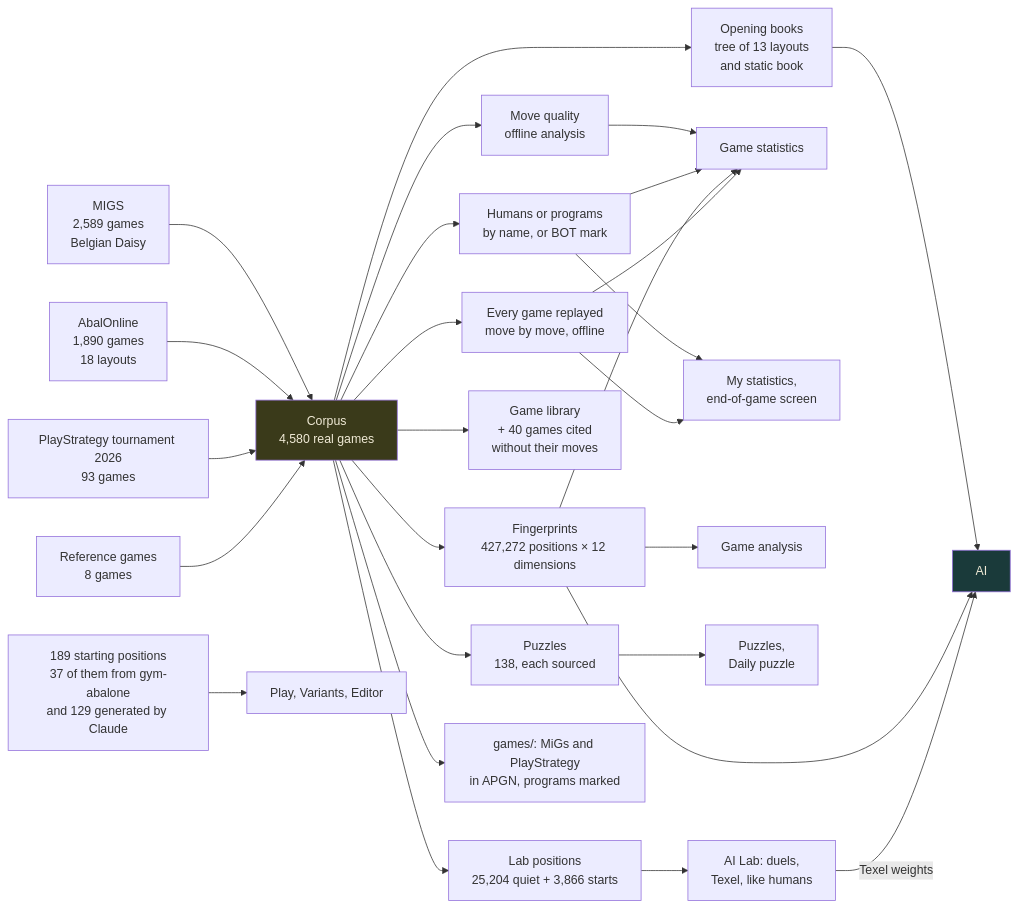
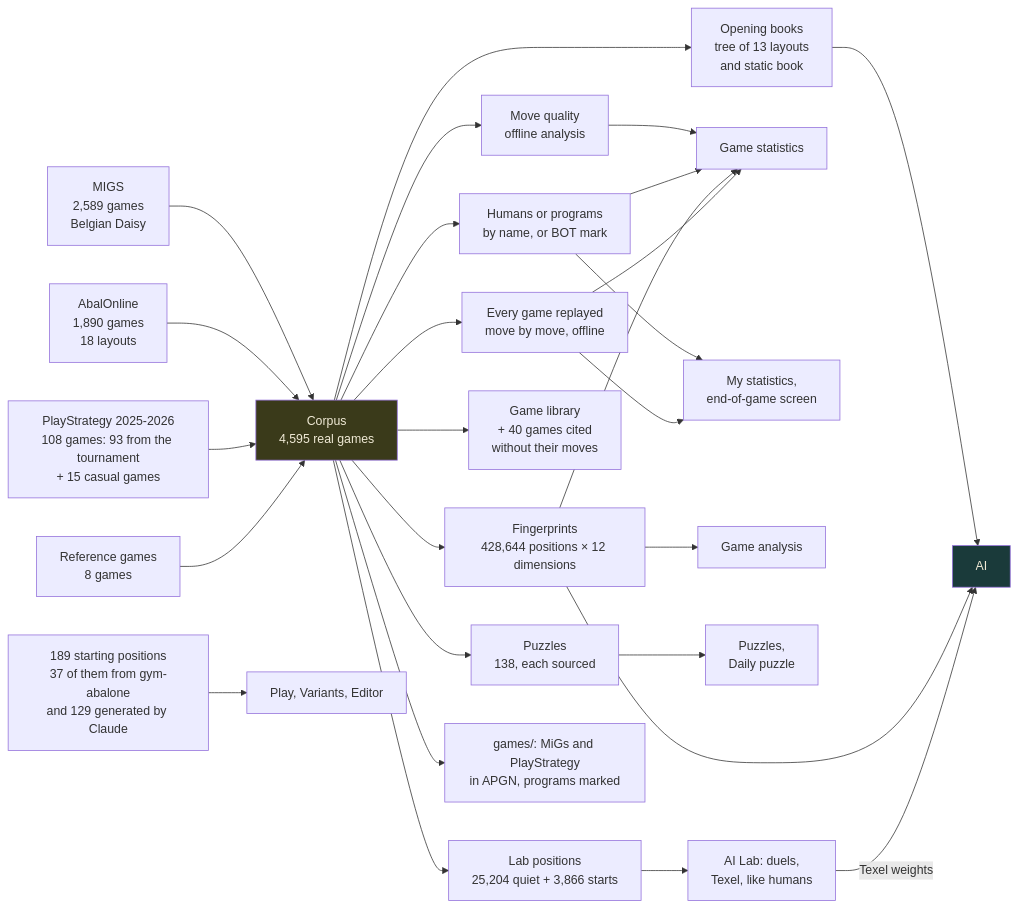
The second of 3 diagrams in docs-en/Architecture.en.md (ocj94/Abalassembly), drawn with Mermaid before and after one commit. The commit also changed other lines of this file and 39 other files, not shown here.

First line of the commit message:
v3.33 : les 15 parties amicales PlayStrategy entrent dans le corpus (4 595 parties)

````diff
--- a/docs-en/Architecture.en.md
+++ b/docs-en/Architecture.en.md
@@ -65,34 +65,34 @@
 ```mermaid
 flowchart LR
-    S1[MIGS<br/>2,589 games<br/>Belgian Daisy] --> C[Corpus<br/>4,580 real games]
+    S1[MIGS<br/>2,589 games<br/>Belgian Daisy] --> C[Corpus<br/>4,595 real games]
     S2[AbalOnline<br/>1,890 games<br/>18 layouts] --> C
-    S3[PlayStrategy tournament 2026<br/>93 games] --> C
+    S3[PlayStrategy 2025-2026<br/>108 games: 93 from the tournament<br/>+ 15 casual games] --> C
     S4[Reference games<br/>8 games] --> C
 
     C --> O[Opening books<br/>tree of 13 layouts<br/>and static book]
-    C --> E[Fingerprints<br/>427,272 positions × 12 dimensions]
+    C --> E[Fingerprints<br/>428,644 positions × 12 dimensions]
     C --> R[Every game replayed<br/>move by move, offline]
     C --> P[Puzzles<br/>138, each sourced]
     C --> LP[Lab positions<br/>25,204 quiet + 3,866 starts]
     C --> L[Game library<br/>+ 40 games cited<br/>without their moves]
     C --> Q[Move quality<br/>offline analysis]
     C --> HP[Humans or programs<br/>by name, or BOT mark]
     C --> AP[games/: MiGs and PlayStrategy<br/>in APGN, programs marked]
     D[189 starting positions<br/>37 of them from gym-abalone<br/>and 129 generated by Claude] --> V[Play, Variants, Editor]
     Q --> ST
     HP --> ST
     HP --> MS
 
     O --> AI[AI]
     E --> AI
     E --> AN[Game analysis]
     E --> ST[Game statistics]
     R --> ST
     R --> MS[My statistics,<br/>end-of-game screen]
     P --> PB[Puzzles,<br/>Daily puzzle]
     LP --> LAB[AI Lab: duels,<br/>Texel, like humans]
     LAB -->|Texel weights| AI
 
     style C fill:#3a3a1a,color:#f0ead6
     style AI fill:#1a3a3a,color:#f0ead6
 ```
````
